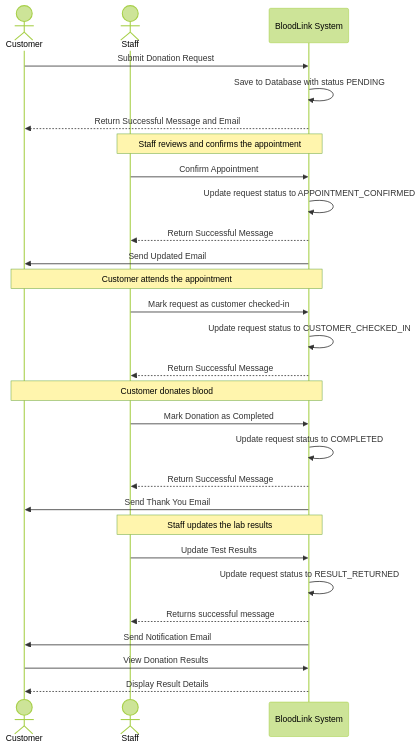
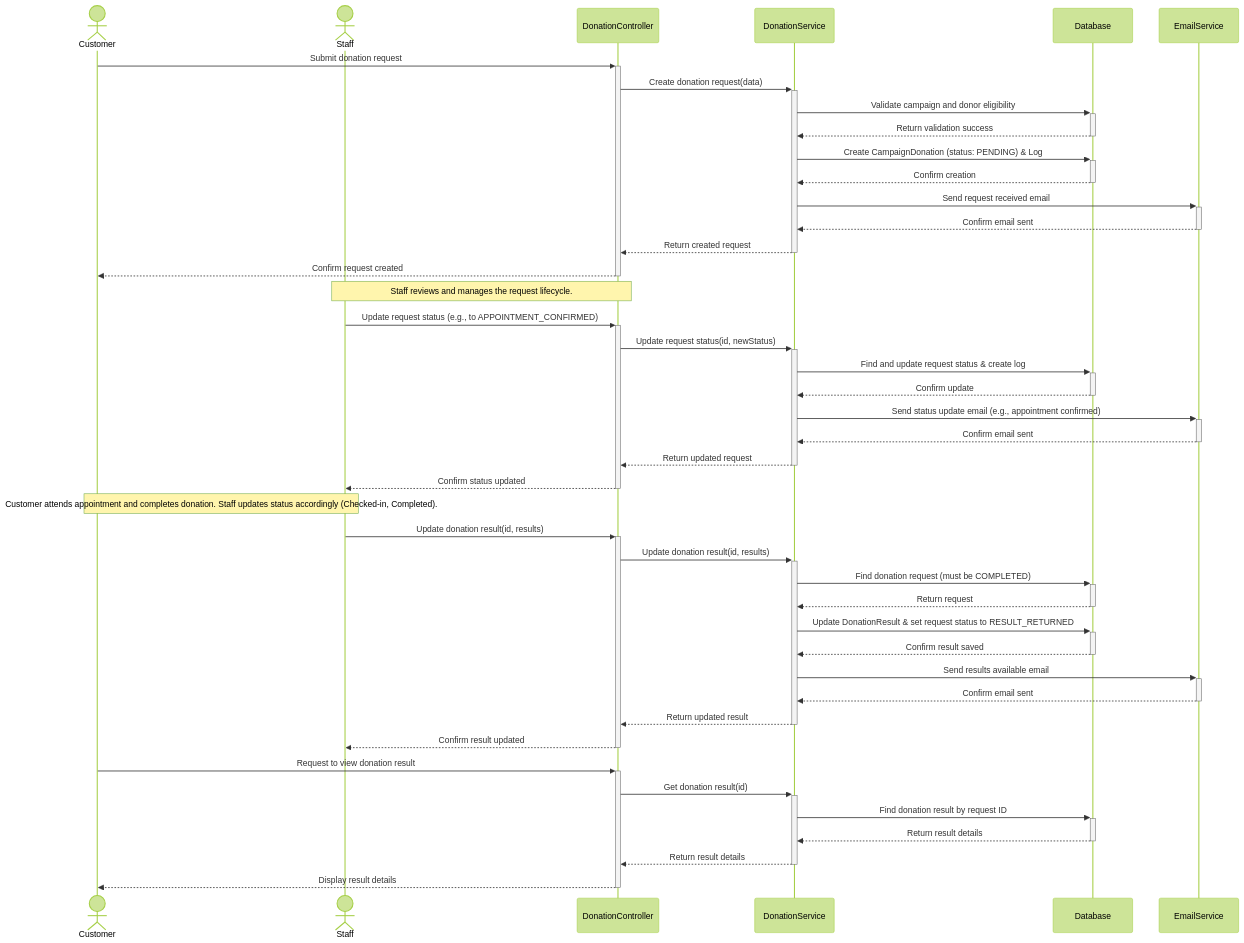
The first of 3 diagrams in docs/DONATION_FLOW.md (phamnguyenviethung/bloodlink-be), drawn with Mermaid (forest theme) before and after one commit. The commit also changed other lines of this file and 1 other file, not shown here.

Commit message:
Refactor donation flow documentation to enhance clarity and detail in sequence diagrams and business logic descriptions

````diff
--- a/docs/DONATION_FLOW.md
+++ b/docs/DONATION_FLOW.md
@@ -111,41 +5,55 @@
 ```mermaid
 sequenceDiagram
     actor Customer
     actor Staff
-    participant System as BloodLink System
+    participant DonationController
+    participant DonationService
+    participant Database
+    participant EmailService
 
-    Customer->>System: Submit Donation Request
-    System->>System: Save to Database with status PENDING
-    System-->>Customer: Return Successful Message and Email
+    %% --- 1. Customer Creates Donation Request ---
+    Customer->>+DonationController: Submit donation request
+    DonationController->>+DonationService: Create donation request(data)
+    DonationService->>+Database: Validate campaign and donor eligibility
+    Database-->>-DonationService: Return validation success
+    DonationService->>+Database: Create CampaignDonation (status: PENDING) & Log
+    Database-->>-DonationService: Confirm creation
+    DonationService->>+EmailService: Send request received email
+    EmailService-->>-DonationService: Confirm email sent
+    DonationService-->>-DonationController: Return created request
+    DonationController-->>-Customer: Confirm request created
 
-    Note over Staff, System: Staff reviews and confirms the appointment
-      
-    Staff->>System: Confirm Appointment
-    System->>System: Update request status to APPOINTMENT_CONFIRMED
-    System-->>Staff: Return Successful Message
-    System->>Customer: Send Updated Email
+    %% --- 2. Staff Manages Request ---
+    Note over Staff, DonationController: Staff reviews and manages the request lifecycle.
 
-    Note over Customer, System: Customer attends the appointment
+    Staff->>+DonationController: Update request status (e.g., to APPOINTMENT_CONFIRMED)
+    DonationController->>+DonationService: Update request status(id, newStatus)
+    DonationService->>+Database: Find and update request status & create log
+    Database-->>-DonationService: Confirm update
+    DonationService->>+EmailService: Send status update email (e.g., appointment confirmed)
+    EmailService-->>-DonationService: Confirm email sent
+    DonationService-->>-DonationController: Return updated request
+    DonationController-->>-Staff: Confirm status updated
 
-    Staff->>System: Mark request as customer checked-in
-    System->>System: Update request status to CUSTOMER_CHECKED_IN
-    System-->>Staff: Return Successful Message
-    
-    Note over Customer, System: Customer donates blood
+    Note over Customer, Staff: Customer attends appointment and completes donation. Staff updates status accordingly (Checked-in, Completed).
 
-    Staff->>System: Mark Donation as Completed
-    System->>System: Update request status to COMPLETED
-    System-->>Staff: Return Successful Message
-    System->>Customer: Send Thank You Email
+    %% --- 3. Staff Updates Results ---
+    Staff->>+DonationController: Update donation result(id, results)
+    DonationController->>+DonationService: Update donation result(id, results)
+    DonationService->>+Database: Find donation request (must be COMPLETED)
+    Database-->>-DonationService: Return request
+    DonationService->>+Database: Update DonationResult & set request status to RESULT_RETURNED
+    Database-->>-DonationService: Confirm result saved
+    DonationService->>+EmailService: Send results available email
+    EmailService-->>-DonationService: Confirm email sent
+    DonationService-->>-DonationController: Return updated result
+    DonationController-->>-Staff: Confirm result updated
 
-    Note over Staff, System: Staff updates the lab results
-
-    Staff->>System: Update Test Results
-    System->>System: Update request status to RESULT_RETURNED
-    System-->>Staff: Returns successful message
-    System->>Customer: Send Notification Email
-
-    Customer->>System: View Donation Results
-    System-->>Customer: Display Result Details
-
+    %% --- 4. Customer Views Results ---
+    Customer->>+DonationController: Request to view donation result
+    DonationController->>+DonationService: Get donation result(id)
+    DonationService->>+Database: Find donation result by request ID
+    Database-->>-DonationService: Return result details
+    DonationService-->>-DonationController: Return result details
+    DonationController-->>-Customer: Display result details
 ```
````
